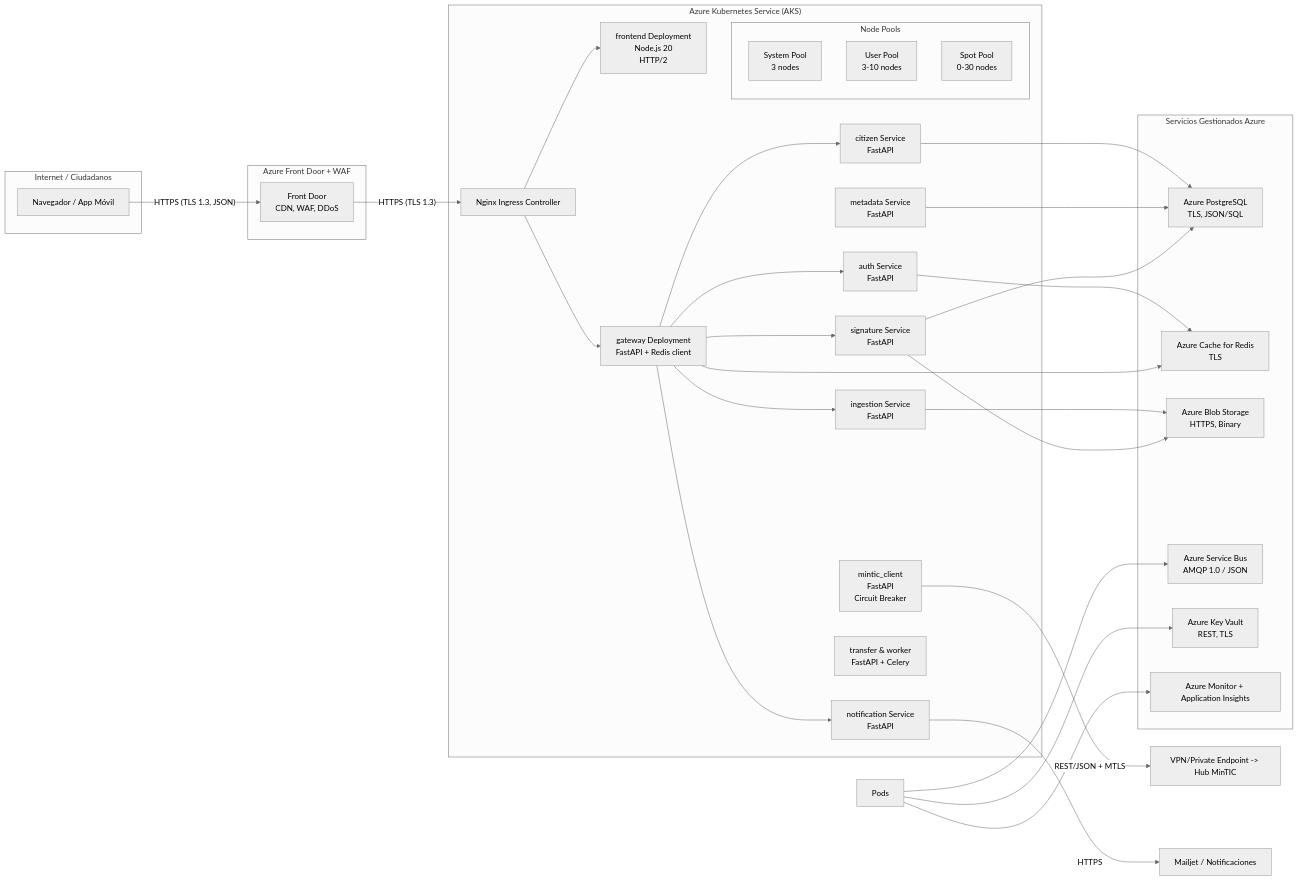
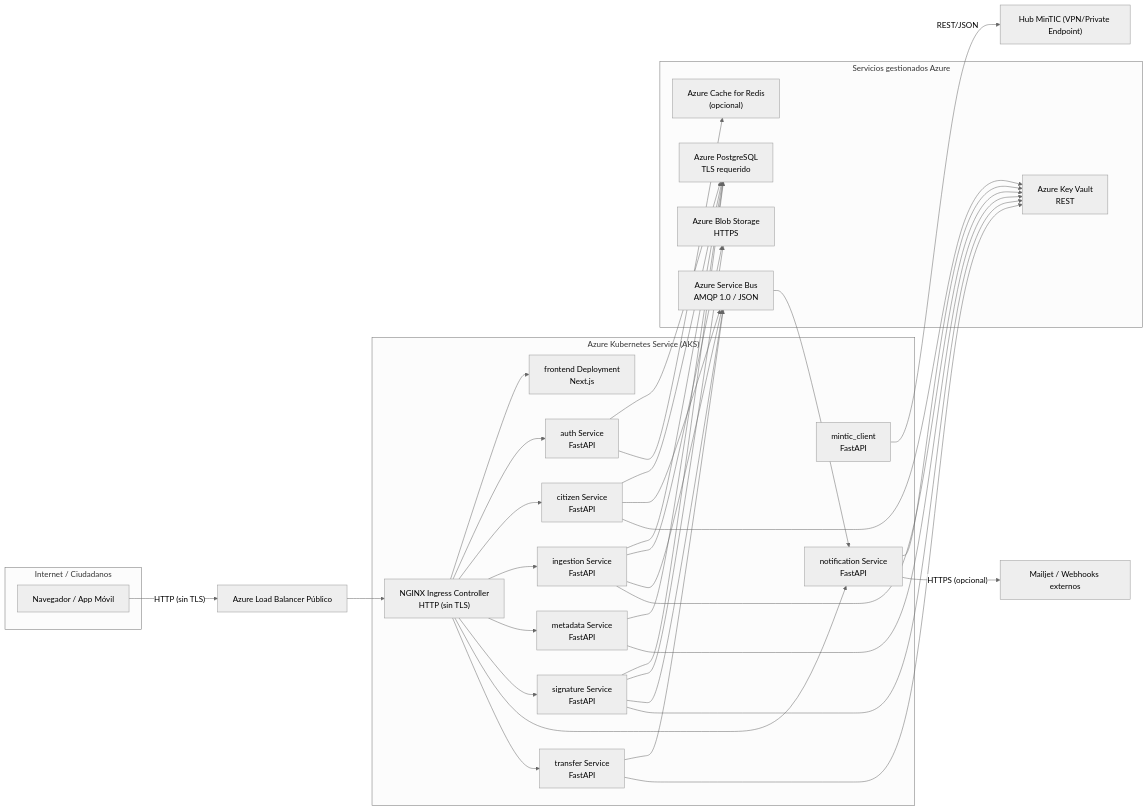
The eighth of 8 diagrams in docs/ARQUITECTURA_CARPETA_CIUDADANA.md (manuquistial/arquitectura-avanzada), drawn with Mermaid before and after one commit. The commit also changed other lines of this file and 5 other files, not shown here.

````diff
--- a/docs/ARQUITECTURA_CARPETA_CIUDADANA.md
+++ b/docs/ARQUITECTURA_CARPETA_CIUDADANA.md
@@ -374,65 +400,63 @@
 ```mermaid
 %%{init: {'theme': 'neutral', 'flowchart': {'useMaxWidth': false}}}%%
 graph LR
-  subgraph Usuario["Internet / Ciudadanos"]
+  subgraph Usuarios["Internet / Ciudadanos"]
     Browser["Navegador / App Móvil"]
   end
 
-  Browser -- HTTPS (TLS 1.3, JSON) --> FrontDoor
-
-  subgraph AzureEdge["Azure Front Door + WAF"]
-    FrontDoor["Front Door\nCDN, WAF, DDoS"]
-  end
-
-  FrontDoor -- HTTPS (TLS 1.3) --> AGW
+  Browser -- HTTP (sin TLS) --> AzureLB["Azure Load Balancer Público"]
 
   subgraph AKSCluster["Azure Kubernetes Service (AKS)"]
-    AGW["Nginx Ingress Controller"]
-    subgraph NodePools["Node Pools"]
-      NPSystem["System Pool\n3 nodes"]
-      NPUser["User Pool\n3-10 nodes"]
-      NPSpot["Spot Pool\n0-30 nodes"]
-    end
-    FrontendPod["frontend Deployment\nNode.js 20\nHTTP/2"]
-    GatewayPod["gateway Deployment\nFastAPI + Redis client"]
+    IngressPod["NGINX Ingress Controller\nHTTP (sin TLS)"]
+    FrontendPod["frontend Deployment\nNext.js"]
+    AuthPod["auth Service\nFastAPI"]
     CitizenPod["citizen Service\nFastAPI"]
-    AuthPod["auth Service\nFastAPI"]
     IngestionPod["ingestion Service\nFastAPI"]
     MetadataPod["metadata Service\nFastAPI"]
     SignaturePod["signature Service\nFastAPI"]
-    MinticPod["mintic_client\nFastAPI\nCircuit Breaker"]
+    MinticPod["mintic_client\nFastAPI"]
     NotificationPod["notification Service\nFastAPI"]
-    TransferPod["transfer & worker\nFastAPI + Celery"]
+    TransferPod["transfer Service\nFastAPI"]
   end
 
-  AGW --> FrontendPod
-  AGW --> GatewayPod
-  GatewayPod --> CitizenPod
-  GatewayPod --> AuthPod
-  GatewayPod --> IngestionPod
-  GatewayPod --> SignaturePod
-  GatewayPod --> NotificationPod
+  AzureLB --> IngressPod
+  IngressPod --> FrontendPod
+  IngressPod --> AuthPod
+  IngressPod --> CitizenPod
+  IngressPod --> IngestionPod
+  IngressPod --> MetadataPod
+  IngressPod --> SignaturePod
+  IngressPod --> NotificationPod
+  IngressPod --> TransferPod
 
-  subgraph ManagedServices["Servicios Gestionados Azure"]
-    Postgres["Azure PostgreSQL\nTLS, JSON/SQL"]
-    Redis["Azure Cache for Redis\nTLS"]
-    Blob["Azure Blob Storage\nHTTPS, Binary"]
+  subgraph ManagedServices["Servicios gestionados Azure"]
+    Postgres["Azure PostgreSQL\nTLS requerido"]
+    Blob["Azure Blob Storage\nHTTPS"]
     ServiceBus["Azure Service Bus\nAMQP 1.0 / JSON"]
-    KeyVault["Azure Key Vault\nREST, TLS"]
-    Monitor["Azure Monitor + Application Insights"]
+    KeyVault["Azure Key Vault\nREST"]
+    Redis["Azure Cache for Redis\n(opcional)"]
   end
 
+  AuthPod --> Postgres
   CitizenPod --> Postgres
+  IngestionPod --> Postgres
   MetadataPod --> Postgres
   SignaturePod --> Postgres
-  AuthPod --> Redis
-  GatewayPod --> Redis
   IngestionPod --> Blob
   SignaturePod --> Blob
-  AllPods["Pods"] --> KeyVault
-  AllPods --> ServiceBus
-  AllPods --> Monitor
+  CitizenPod --> ServiceBus
+  IngestionPod --> ServiceBus
+  SignaturePod --> ServiceBus
+  TransferPod --> ServiceBus
+  ServiceBus --> NotificationPod
+  AuthPod --> Redis
+  CitizenPod --> KeyVault
+  IngestionPod --> KeyVault
+  SignaturePod --> KeyVault
+  MetadataPod --> KeyVault
+  NotificationPod --> KeyVault
+  TransferPod --> KeyVault
 
-  MinticPod -- REST/JSON + MTLS --> HubAPI["VPN/Private Endpoint -> Hub MinTIC"]
-  NotificationPod -- HTTPS --> ExternalServices["Mailjet / Notificaciones"]
+  MinticPod -- REST/JSON --> HubAPI["Hub MinTIC (VPN/Private Endpoint)"]
+  NotificationPod -- HTTPS (opcional) --> Mailjet["Mailjet / Webhooks externos"]
 ```
````
